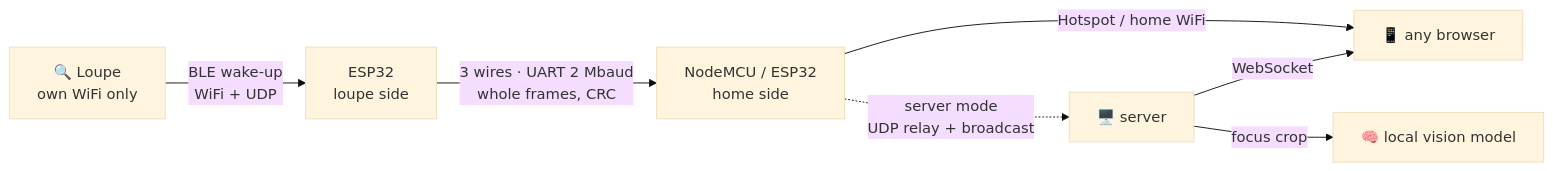
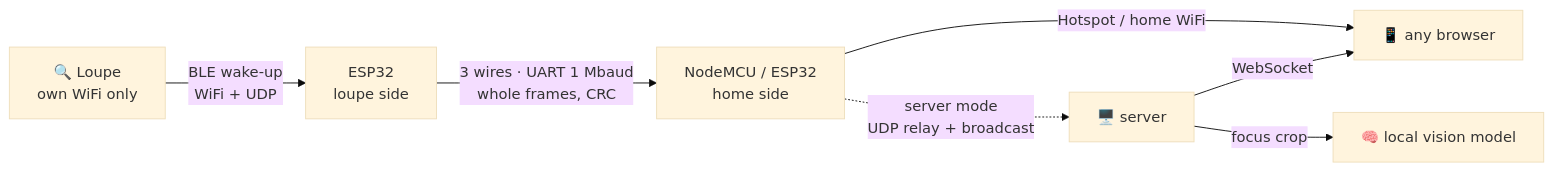
Before and after one commit to ElektroGandhi/PlatinenLupe: the diagram in README.md, drawn with Mermaid (base theme). The commit also changed 3 other files, not shown here.

````diff
--- a/README.md
+++ b/README.md
@@ -107,9 +107,9 @@
 ```mermaid
 flowchart LR
   L["🔍 Loupe<br/>own WiFi only"] -- "BLE wake-up<br/>WiFi + UDP" --> A["ESP32<br/>loupe side"]
-  A -- "3 wires · UART 2 Mbaud<br/>whole frames, CRC" --> B["NodeMCU / ESP32<br/>home side"]
+  A -- "3 wires · UART 1 Mbaud<br/>whole frames, CRC" --> B["NodeMCU / ESP32<br/>home side"]
   B -- "Hotspot / home WiFi" --> P["📱 any browser"]
   B -. "server mode<br/>UDP relay + broadcast" .-> S["🖥️ server"]
   S -- "WebSocket" --> P
   S -- "focus crop" --> M["🧠 local vision model"]
 ```
````
